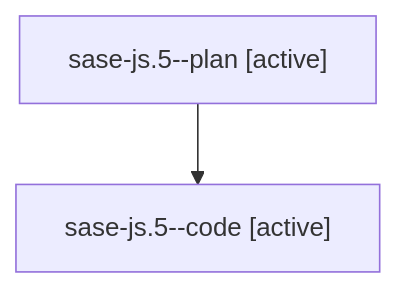
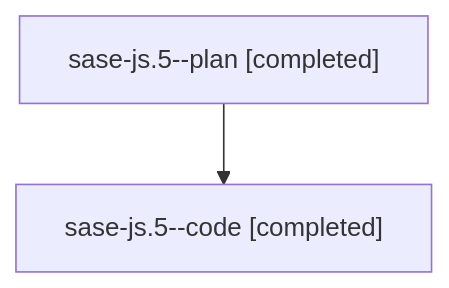
The diagram in families/bbugyi200.athena.sase-js.5.md (sase-org/sase--agents), drawn with Mermaid before and after one commit. The commit also changed other lines of this file and 70 other files, not shown here.

````diff
--- a/families/bbugyi200.athena.sase-js.5.md
+++ b/families/bbugyi200.athena.sase-js.5.md
@@ -9,6 +9,6 @@
 ```mermaid
 flowchart TD
-  n0["sase-js.5--plan [active]"]
-  n1["sase-js.5--code [active]"]
+  n0["sase-js.5--plan [completed]"]
+  n1["sase-js.5--code [completed]"]
   n0 --> n1
 ```
````
